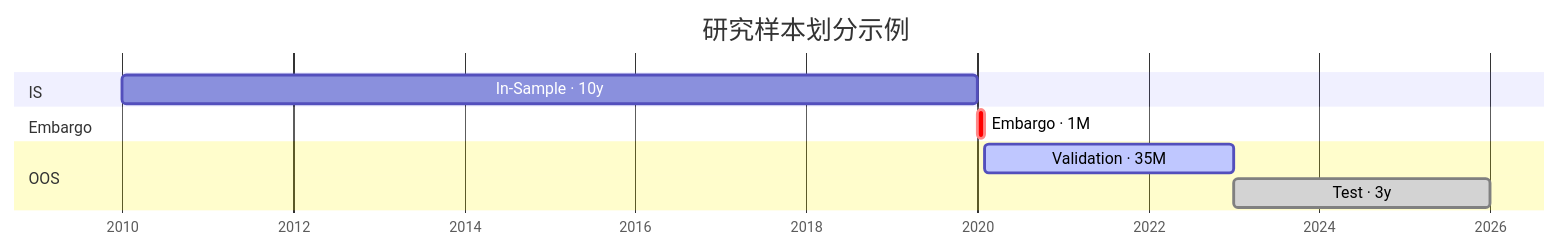
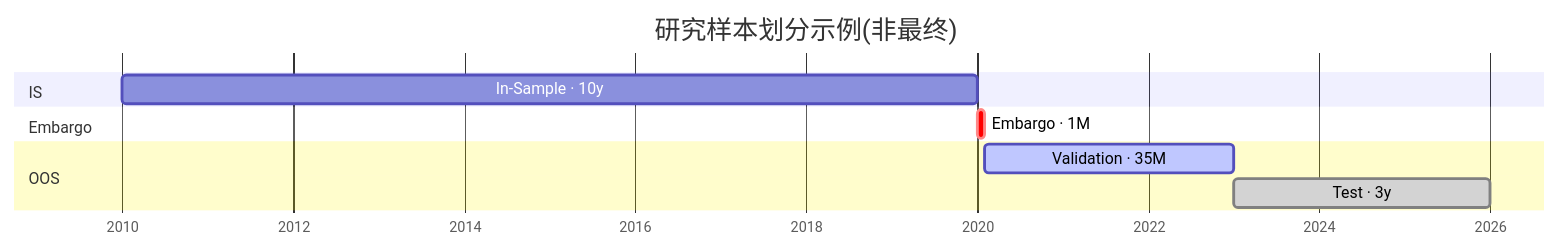
Before and after one commit to shjunz/factor-based-strategies: the second of 2 diagrams in research_spec.md, drawn with Mermaid. The commit also changed other lines of this file and 2 other files, not shown here.

````diff
--- a/research_spec.md
+++ b/research_spec.md
@@ -393,15 +849,15 @@
 ```mermaid
 gantt
-    title 研究样本划分示例
+    title 研究样本划分示例(非最终)
     dateFormat YYYY-MM
     axisFormat %Y
     tickInterval 1year
 
     section IS
     In-Sample · 10y         :is,   2010-01, 2020-01
     section Embargo
     Embargo · 1M            :crit, emb, 2020-01, 2020-02
     section OOS
     Validation · 35M        :active, val, 2020-02, 2023-01
     Test · 3y               :done, test, 2023-01, 2026-01
 ```
````
